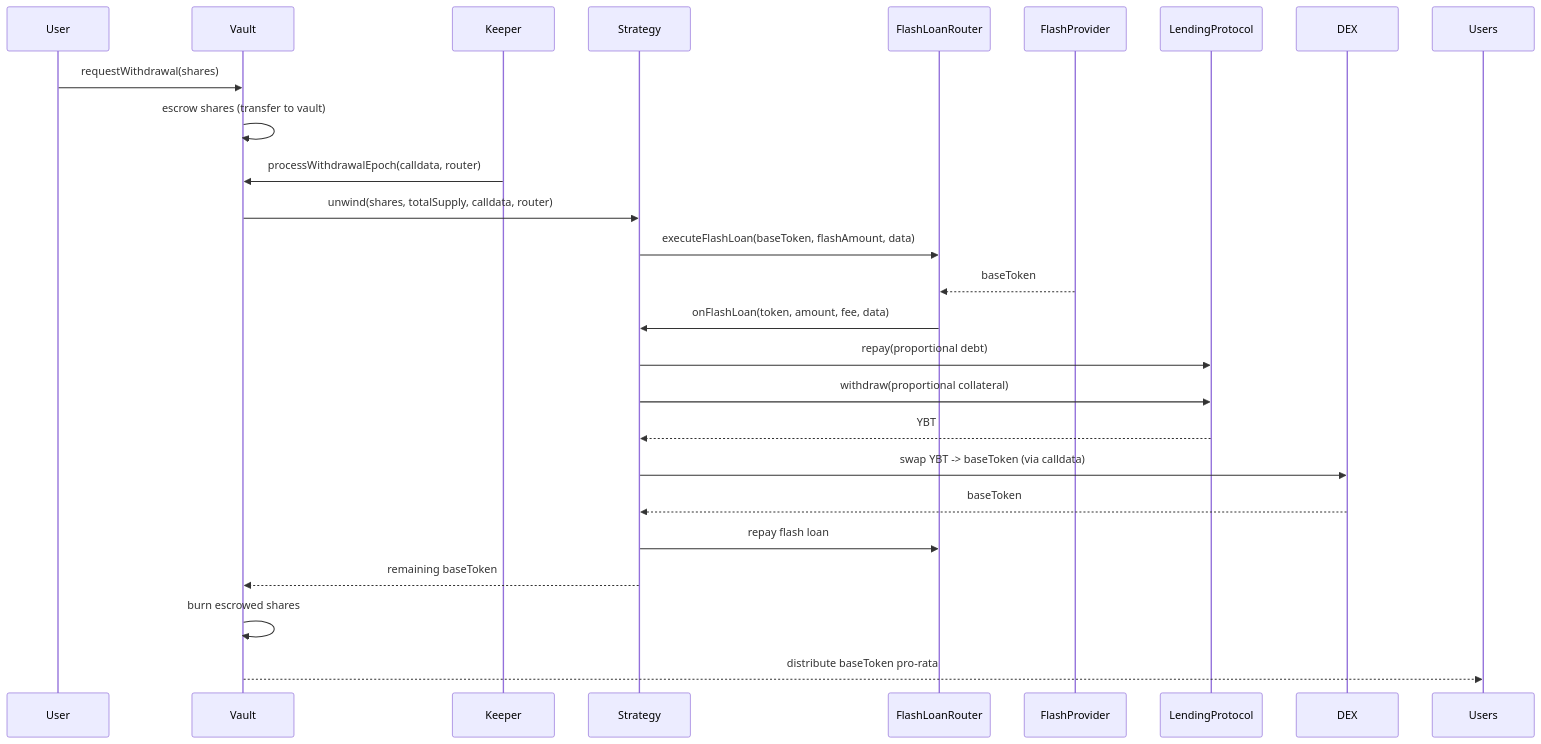
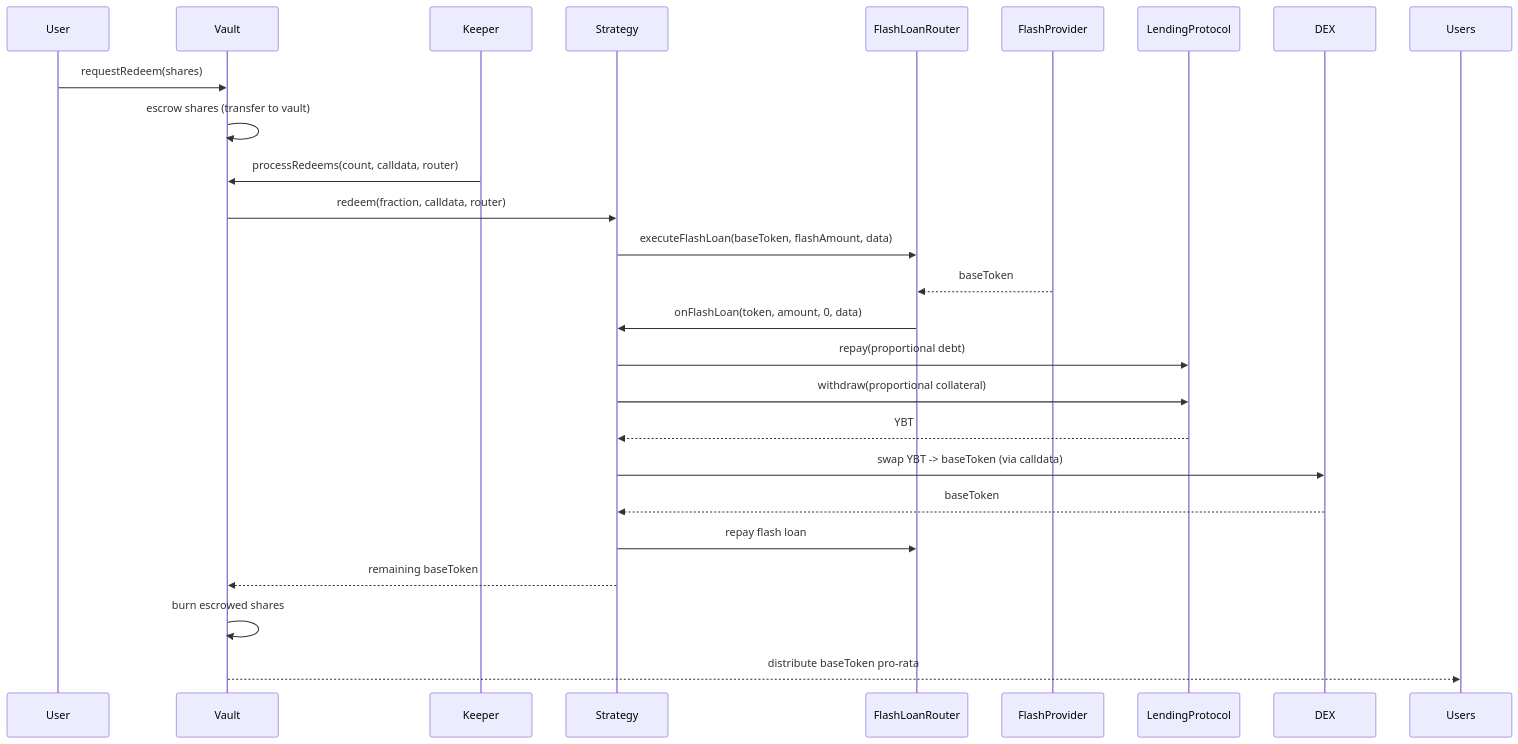
The second of 8 diagrams in docs/architecture/token-flows.md (evgenynacu/leverage-vaults), drawn with Mermaid before and after one commit. The commit also changed other lines of this file and 10 other files, not shown here.

Commit message:
fix: naming conventions, swap calldata, partial epoch processing etc

````diff
--- a/docs/architecture/token-flows.md
+++ b/docs/architecture/token-flows.md
@@ -29,19 +30,19 @@
 ```mermaid
 sequenceDiagram
-    User->>Vault: requestWithdrawal(shares)
+    User->>Vault: requestRedeem(shares)
     Vault->>Vault: escrow shares (transfer to vault)
-    Keeper->>Vault: processWithdrawalEpoch(calldata, router)
-    Vault->>Strategy: unwind(shares, totalSupply, calldata, router)
+    Keeper->>Vault: processRedeems(count, calldata, router)
+    Vault->>Strategy: redeem(fraction, calldata, router)
     Strategy->>FlashLoanRouter: executeFlashLoan(baseToken, flashAmount, data)
     FlashProvider-->>FlashLoanRouter: baseToken
-    FlashLoanRouter->>Strategy: onFlashLoan(token, amount, fee, data)
+    FlashLoanRouter->>Strategy: onFlashLoan(token, amount, 0, data)
     Strategy->>LendingProtocol: repay(proportional debt)
     Strategy->>LendingProtocol: withdraw(proportional collateral)
     LendingProtocol-->>Strategy: YBT
     Strategy->>DEX: swap YBT -> baseToken (via calldata)
     DEX-->>Strategy: baseToken
     Strategy->>FlashLoanRouter: repay flash loan
     Strategy-->>Vault: remaining baseToken
     Vault->>Vault: burn escrowed shares
     Vault-->>Users: distribute baseToken pro-rata
 ```
````
